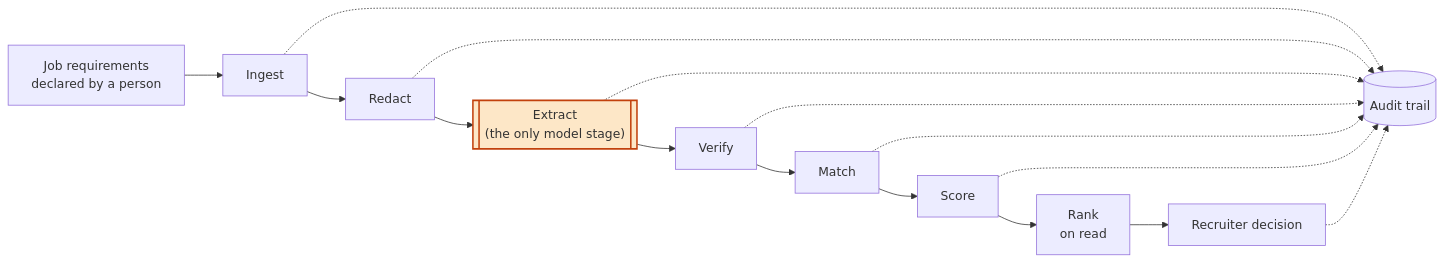
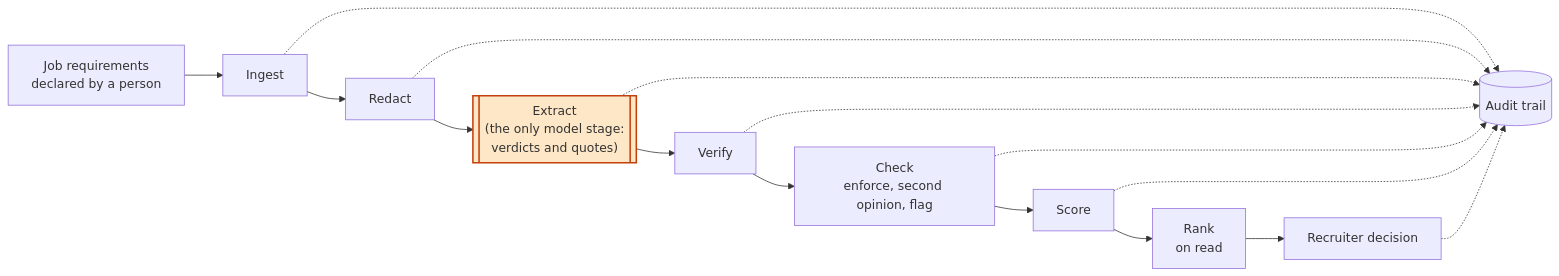
One commit to S-MOHAMMAD-SYED-SAMEER/explainable-ats changed the first of 4 diagrams in docs/ARCHITECTURE.md. Above: the diagram before and after it, drawn with Mermaid. The commit also changed other lines of this file and 3 other files, not shown here.

First line of the commit message:
Public pass: README, ARCHITECTURE and TESTING state the evaluation, the new design and the caveats (#18)

````diff
--- a/docs/ARCHITECTURE.md
+++ b/docs/ARCHITECTURE.md
@@ -63,19 +63,19 @@
 ```mermaid
 flowchart LR
     J[Job requirements<br/>declared by a person] --> I[Ingest]
     I --> R[Redact]
-    R --> E[["Extract<br/>(the only model stage)"]]
+    R --> E[["Extract<br/>(the only model stage:<br/>verdicts and quotes)"]]
     E --> V[Verify]
-    V --> M[Match]
+    V --> M[Check<br/>enforce, second opinion, flag]
     M --> S[Score]
     S --> K[Rank<br/>on read]
     K --> D[Recruiter decision]
     I -.-> A[(Audit trail)]
     R -.-> A
     E -.-> A
     V -.-> A
     M -.-> A
     S -.-> A
     D -.-> A
     style E fill:#fde7c7,stroke:#c2410c,stroke-width:2px
 ```
````
